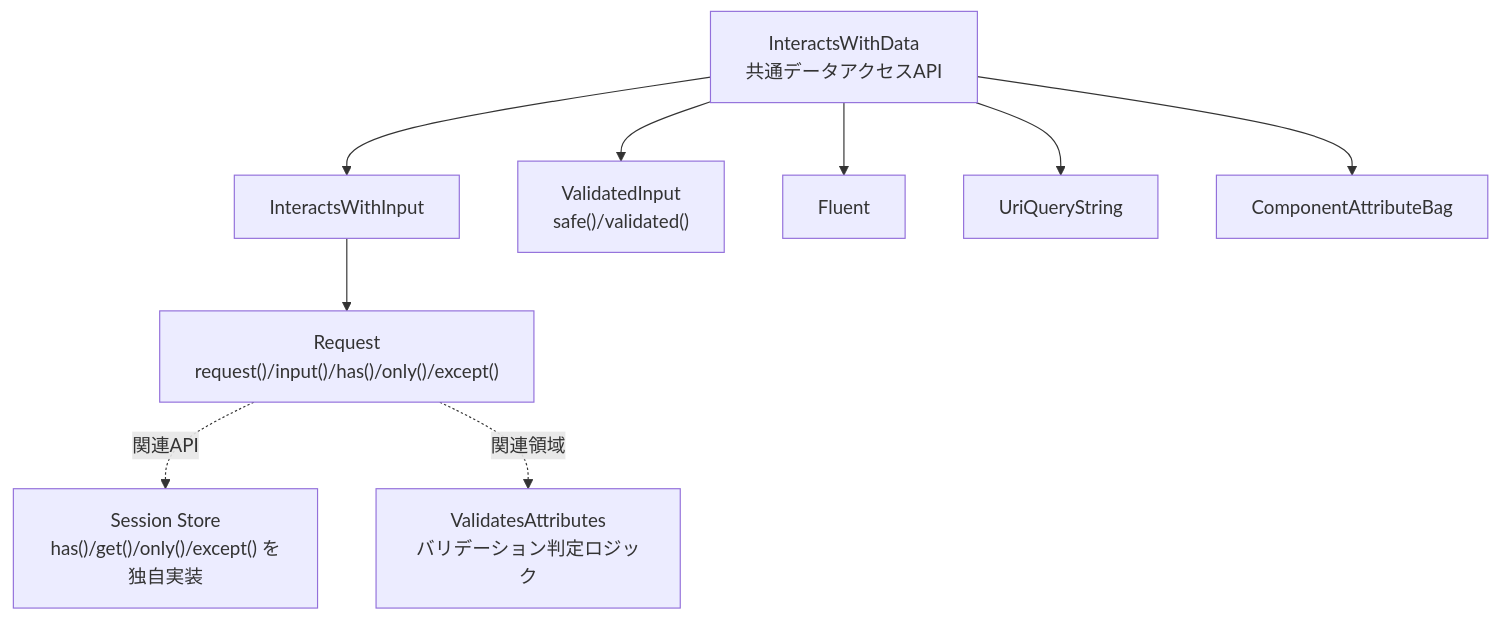
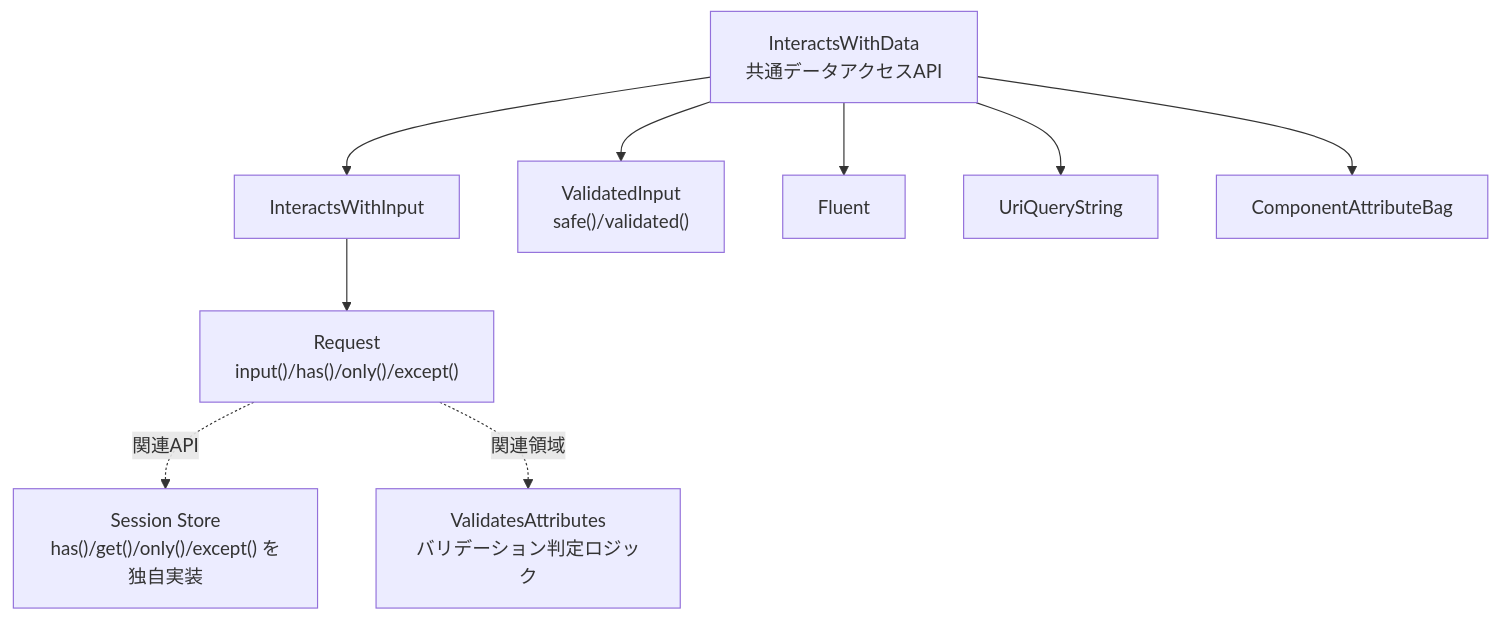
One commit to kawax/mintlify-docs changed the diagram in jp/advanced/interacts-with-data.mdx. Above: the diagram before and after it, drawn with Mermaid. The commit also changed other lines of this file, not shown here.

Commit message:
Refine InteractsWithData page labels from review feedback
Agent-Logs-Url: https://github.com/kawax/mintlify-docs/sessions/b1f8f32f-e5ad-4e55-a305-86a744ba6b5d

````diff
--- a/jp/advanced/interacts-with-data.mdx
+++ b/jp/advanced/interacts-with-data.mdx
@@ -59,11 +59,11 @@
 ```mermaid
 flowchart TD
     IWD["InteractsWithData<br>共通データアクセスAPI"] --> IWI["InteractsWithInput"]
-    IWI --> REQ["Request<br>request()/input()/has()/only()/except()"]
+    IWI --> REQ["Request<br>input()/has()/only()/except()"]
     IWD --> VIN["ValidatedInput<br>safe()/validated()"]
     IWD --> FLU["Fluent"]
     IWD --> UQS["UriQueryString"]
     IWD --> CAB["ComponentAttributeBag"]
     REQ -.関連API.-> SES["Session Store<br>has()/get()/only()/except() を独自実装"]
     REQ -.関連領域.-> VAL["ValidatesAttributes<br>バリデーション判定ロジック"]
 ```
````
